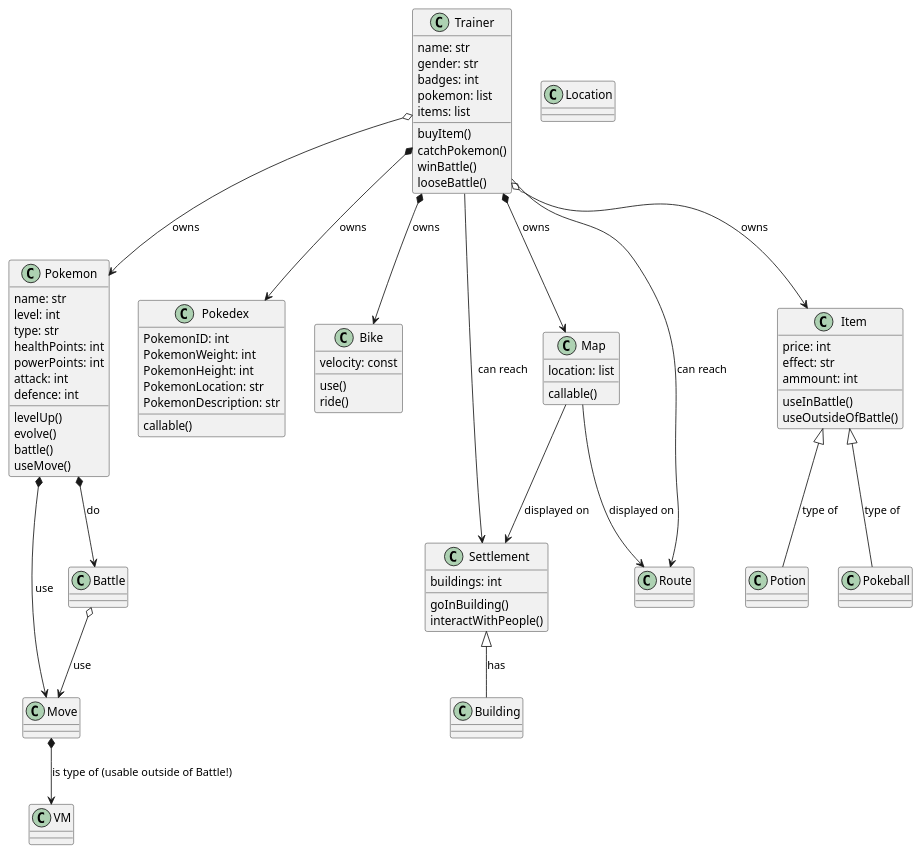
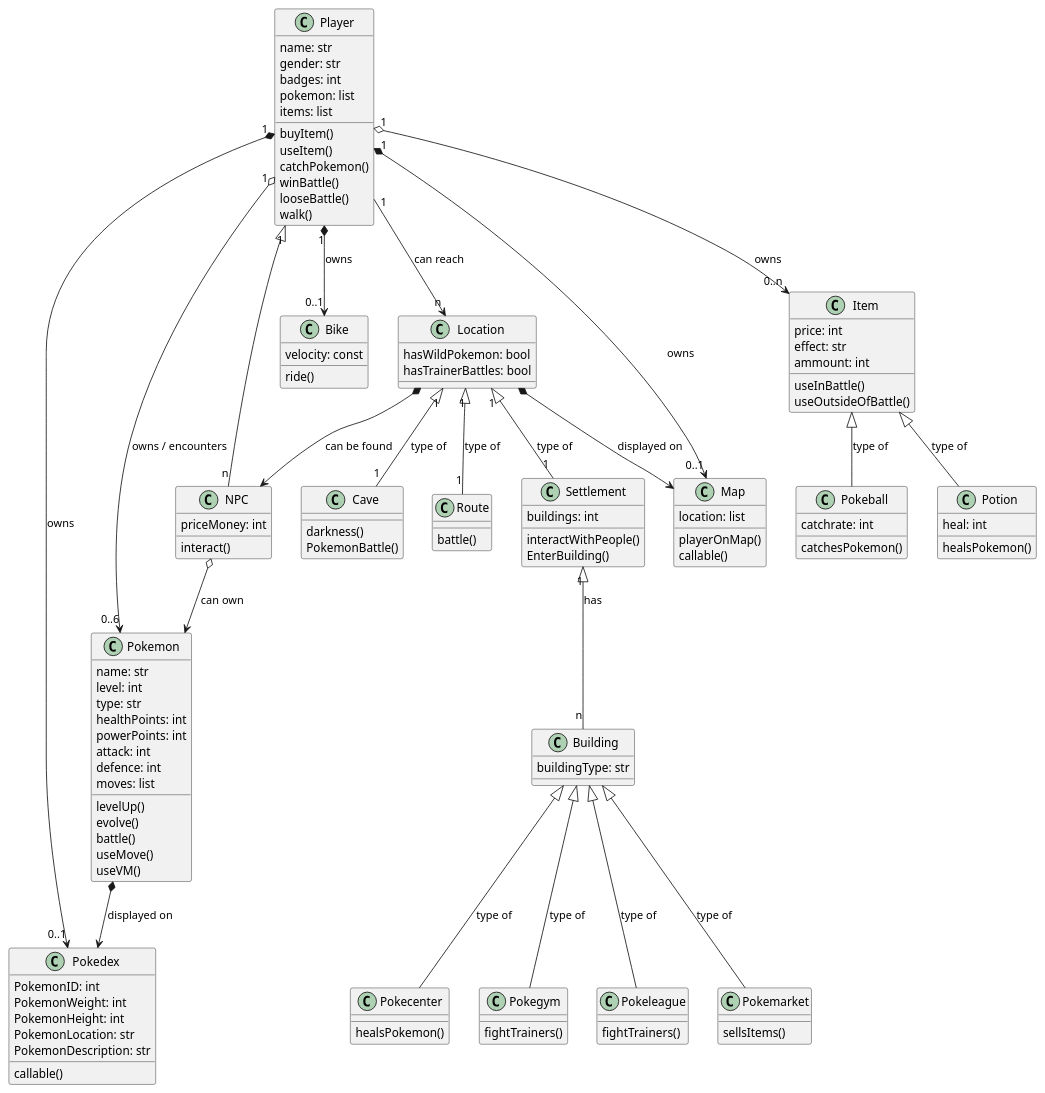
One commit to Silivanili/pokemonmodeling changed the diagram in Pokemonmodeling.puml. Above: the diagram before and after it, drawn with PlantUML. The commit also changed 1 other file, not shown here.

```diff
--- a/Pokemonmodeling.puml
+++ b/Pokemonmodeling.puml
@@ -1,117 +1,172 @@
 @startuml
 
 class Pokemon {
     name: str
     level: int
     type: str
     healthPoints: int
     powerPoints: int
     attack: int
     defence: int
+    moves: list 
     levelUp()
     evolve()
     battle()
     useMove()
+    useVM()
 
 }
 
 class Pokedex {
     PokemonID: int
     PokemonWeight: int
     PokemonHeight: int
     PokemonLocation: str
     PokemonDescription: str
     callable()
 
-
 }
 
-class Trainer {
+class Player {
     name: str
     gender: str 
     badges: int
     pokemon: list 
     items: list 
     buyItem()
+    useItem()
     catchPokemon()
     winBattle()
     looseBattle()
+    walk()
+
+}
+
+class NPC {
+    priceMoney: int 
+    interact()
 
 }
 
 class Bike {
     velocity: const
-    use()
     ride()
 
 }
+
 class Location {
+    hasWildPokemon: bool
+    hasTrainerBattles: bool 
 
 }
 
+class Cave {
+    darkness()
+    PokemonBattle()
+
+}
 
 class Settlement {
     buildings: int 
-    goInBuilding()
     interactWithPeople()
+    EnterBuilding()
 
 }
 
 class Map {
     location: list 
+    playerOnMap()
     callable()
 
 }
-
 
 class Item {
     price: int
     effect: str 
     ammount: int 
     useInBattle()
     useOutsideOfBattle()
 }
 
-class Building
+class Building {
+    buildingType: str 
 
-class Route
+}
 
-class Potion 
+class Route {
+    battle()
 
-class Pokeball
+}
+
+class Potion {
+    heal: int 
+    healsPokemon()
+}
+
+class Pokeball {
+    catchrate: int 
+    catchesPokemon()
+}
+
+class Pokemarket {
+    sellsItems()
+
+}
+
+class Pokecenter {
+    healsPokemon()
+}
+
+class Pokegym {
+    fightTrainers()
+}
+
+class Pokeleague {
+    fightTrainers()
+}
 
 
-Trainer o--> Pokemon: owns
+Pokemon *--> Pokedex: displayed on
 
-Trainer o--> Item: owns
+Player "1" o--> "0..6" Pokemon: owns / encounters
+
+Player "1" o--> "0..n" Item: owns
+
+Player "1" <|-- "n" NPC
+
+NPC o--> Pokemon: can own 
+
+Location *--> NPC: can be found 
 
 Item <|-- Pokeball: type of 
 
 Item <|-- Potion: type of 
 
-Trainer *--> Map: owns
+Player "1" *--> "0..1" Map: owns
 
-Trainer *--> Pokedex: owns
+Player "1" *--> "0..1" Pokedex: owns
 
-Trainer *--> Bike: owns
+Player "1" *--> "0..1" Bike: owns
 
-Trainer --> Settlement: can reach
+Player "1" --> "n" Location: can reach
 
-Trainer --> Route: can reach
+Location "1" <|-- "1" Route: type of 
 
-Map --> Settlement: displayed on
+Location "1" <|-- "1" Settlement: type of 
 
-Map --> Route: displayed on 
+Location "1" <|-- "1" Cave: type of 
 
-Settlement <|-- Building: has 
+Location *--> Map: displayed on
 
-Pokemon *--> Battle: do
+Settlement "1" <|-- "n" Building: has 
 
-Pokemon *--> Move: use 
+Building <|-- Pokemarket: type of 
 
-Battle o--> Move: use
+Building <|-- Pokecenter: type of
 
-Move *--> VM: is type of (usable outside of Battle!)
+Building <|-- Pokeleague: type of
+
+Building <|-- Pokegym: type of
 
 
 @enduml
```
